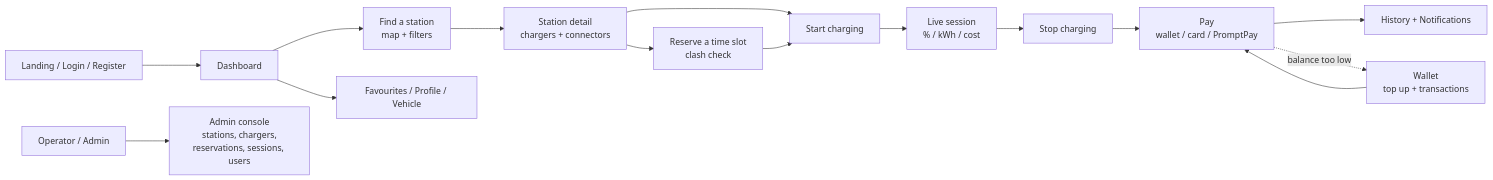
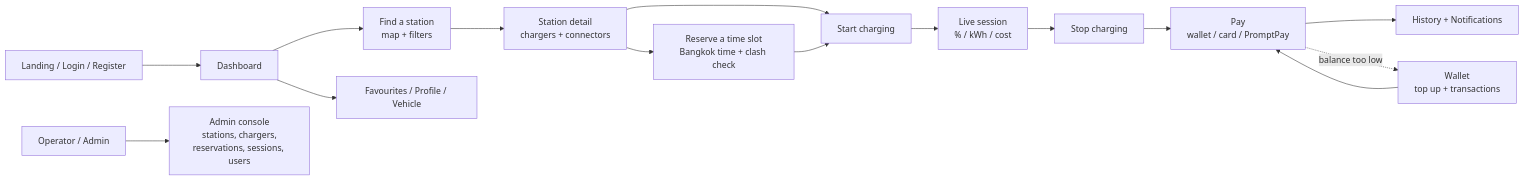
One commit to raftisz/Ev-charging-app changed the fifth of 5 diagrams in docs/system-diagrams.md. Above: the diagram before and after it, drawn with Mermaid. The commit also changed other lines of this file and 5 other files, not shown here.

First line of the commit message:
Show dates and times in Bangkok time in every browser

````diff
--- a/docs/system-diagrams.md
+++ b/docs/system-diagrams.md
@@ -206,17 +206,17 @@
 ```mermaid
 flowchart LR
     A["Landing / Login / Register"] --> B["Dashboard"]
     B --> C["Find a station<br/>map + filters"]
     C --> D["Station detail<br/>chargers + connectors"]
-    D --> E["Reserve a time slot<br/>clash check"]
+    D --> E["Reserve a time slot<br/>Bangkok time + clash check"]
     D --> F["Start charging"]
     E --> F
     F --> G["Live session<br/>% / kWh / cost"]
     G --> H["Stop charging"]
     H --> I["Pay<br/>wallet / card / PromptPay"]
     I --> J["History + Notifications"]
     I -.->|"balance too low"| W["Wallet<br/>top up + transactions"]
     W --> I
     B --> K["Favourites / Profile / Vehicle"]
     L["Operator / Admin"] --> M["Admin console<br/>stations, chargers,<br/>reservations, sessions, users"]
 ```
````
